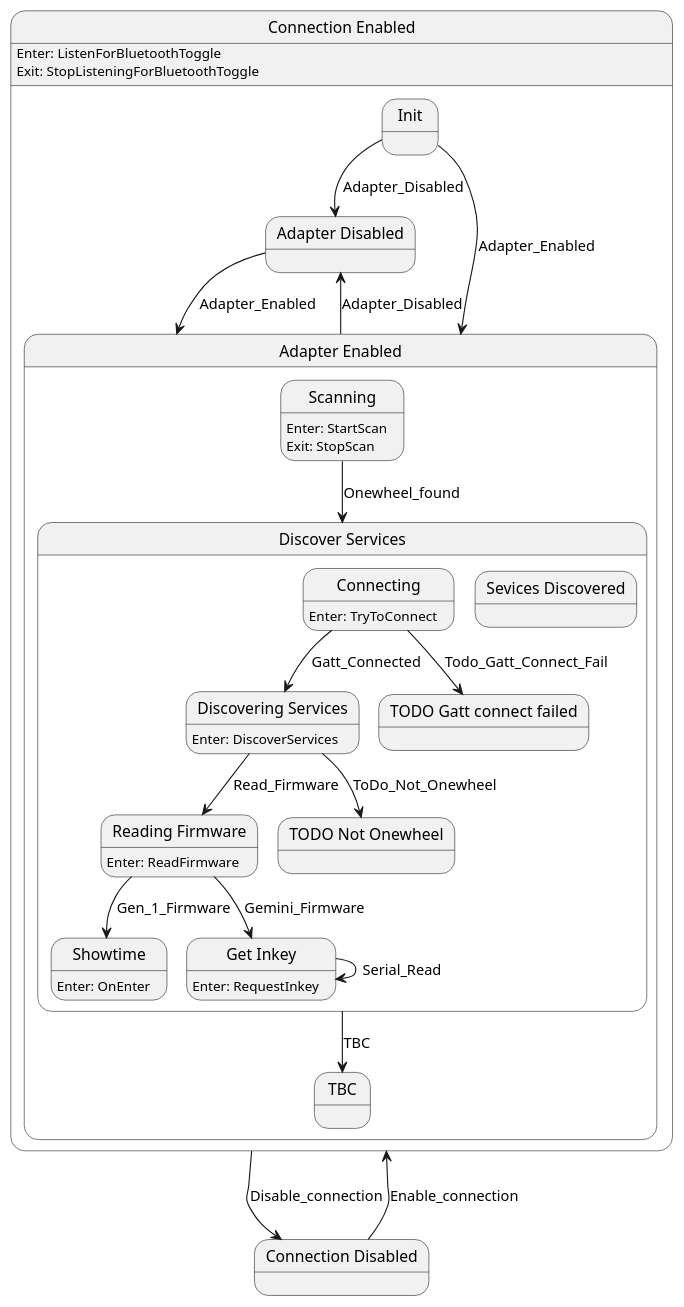
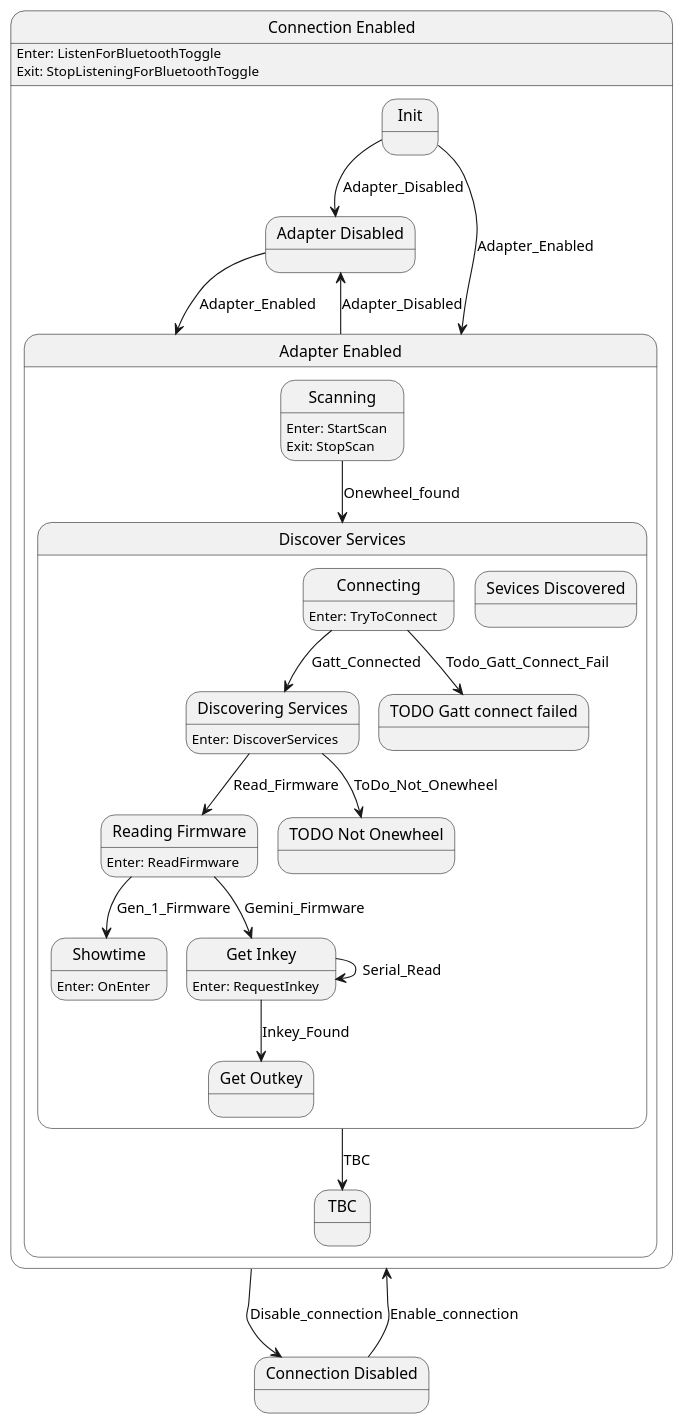
The diagram in doc/ponewheel-state.plantuml (tekkies/android-ponewheel), drawn with PlantUML before and after one commit. The commit also changed 4 other files, not shown here.

```diff
--- a/doc/ponewheel-state.plantuml
+++ b/doc/ponewheel-state.plantuml
@@ -1,57 +1,60 @@
 @startuml
 state "Connection Enabled" as Connection_Enabled  {
     state "Adapter Disabled" as Adapter_Disabled  {
     }
     state "Adapter Enabled" as Adapter_Enabled  {
         state "Discover Services" as Discover_Services  {
             state "Discovering Services" as Discovering_Services  {
 Discovering_Services : Enter: DiscoverServices
             }
             state "Sevices Discovered" as Sevices_Discovered  {
             }
             state "Reading Firmware" as Reading_Firmware  {
 Reading_Firmware : Enter: ReadFirmware
             }
             state "Showtime" as Showtime  {
 Showtime : Enter: OnEnter
             }
             state "Get Inkey" as Get_Inkey  {
 Get_Inkey : Enter: RequestInkey
+            }
+            state "Get Outkey" as Get_Outkey  {
             }
             state "TODO Gatt connect failed" as TODO_Gatt_connect_failed  {
             }
             state "TODO Not Onewheel" as TODO_Not_Onewheel  {
             }
             state "Connecting" as Connecting  {
 Connecting : Enter: TryToConnect
             }
         }
         state "TBC" as TBC  {
         }
         state "Scanning" as Scanning  {
 Scanning : Enter: StartScan\nExit: StopScan
         }
     }
     state "Init" as Init  {
     }
 Connection_Enabled : Enter: ListenForBluetoothToggle\nExit: StopListeningForBluetoothToggle
 }
 state "Connection Disabled" as Connection_Disabled  {
 }
 Adapter_Disabled --> Adapter_Enabled : Adapter_Enabled
 Discovering_Services --> TODO_Not_Onewheel : ToDo_Not_Onewheel
 Discovering_Services --> Reading_Firmware : Read_Firmware
 Reading_Firmware --> Showtime : Gen_1_Firmware
 Reading_Firmware --> Get_Inkey : Gemini_Firmware
 Get_Inkey --> Get_Inkey : Serial_Read
+Get_Inkey --> Get_Outkey : Inkey_Found
 Connecting --> Discovering_Services : Gatt_Connected
 Connecting --> TODO_Gatt_connect_failed : Todo_Gatt_Connect_Fail
 Discover_Services --> TBC : TBC
 Scanning --> Discover_Services : Onewheel_found
 Adapter_Enabled --> Adapter_Disabled : Adapter_Disabled
 Init --> Adapter_Enabled : Adapter_Enabled
 Init --> Adapter_Disabled : Adapter_Disabled
 Connection_Enabled --> Connection_Disabled : Disable_connection
 Connection_Disabled --> Connection_Enabled : Enable_connection
  
 @enduml
```
